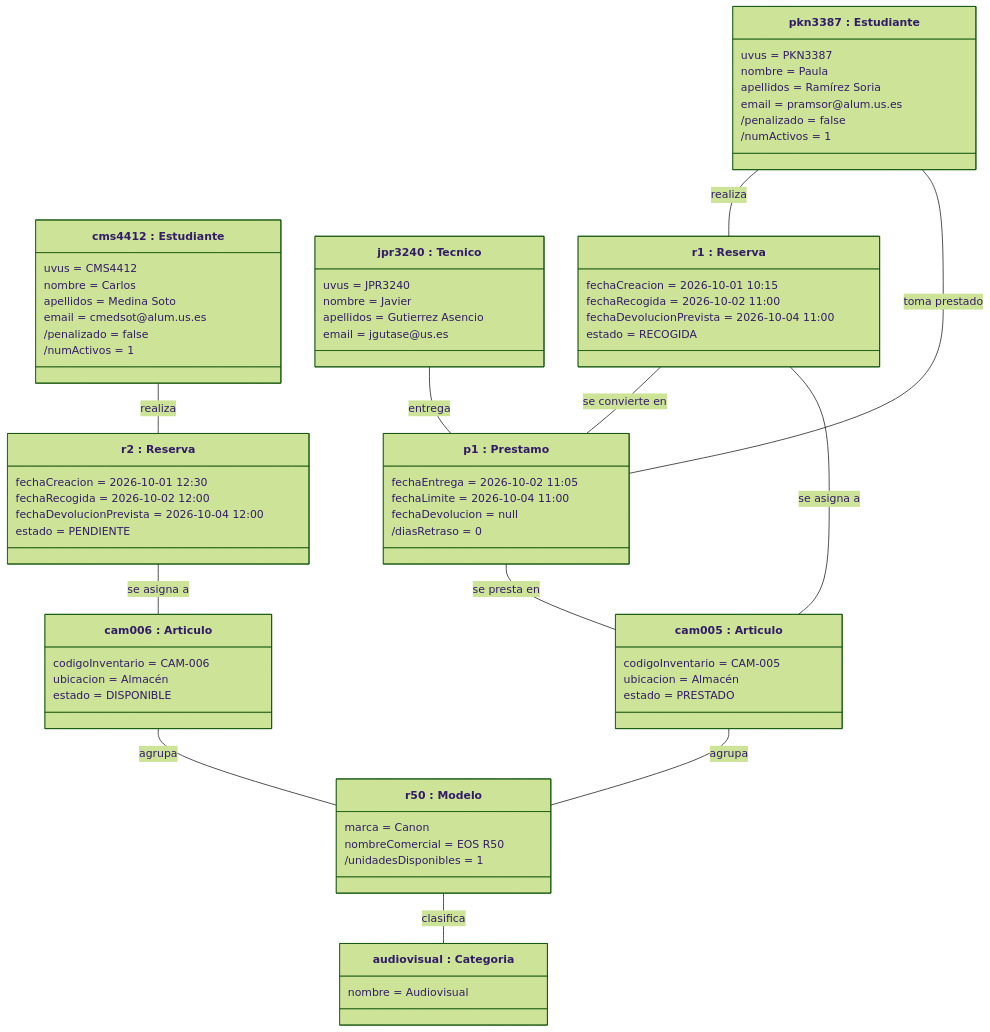
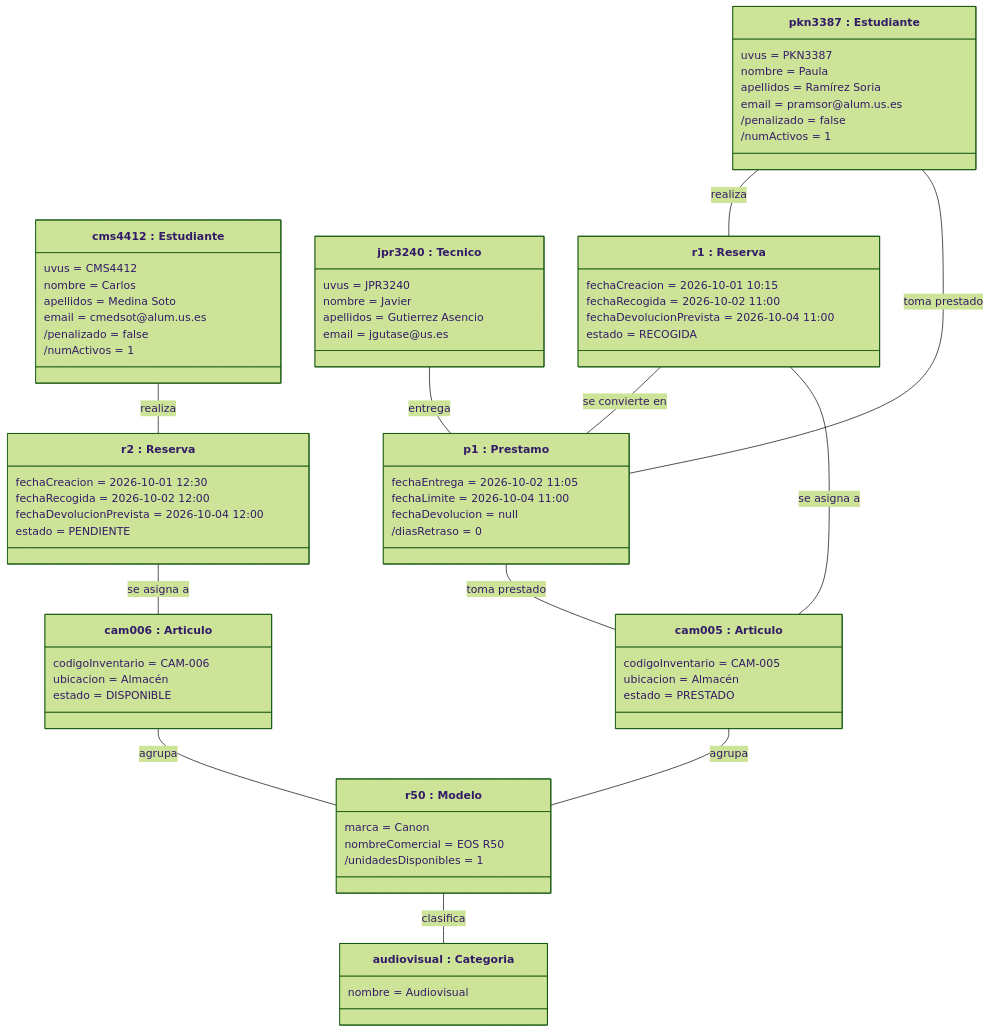
The third of 4 diagrams in README.md (kikiyet/proyecto-curso-iissi1-2026-TKL4651), drawn with Mermaid (forest theme) before and after one commit. The commit also changed other lines of this file, not shown here.

````diff
--- a/README.md
+++ b/README.md
@@ -645,73 +645,73 @@
 ```mermaid
 classDiagram
 direction TB
 class pkn3387["pkn3387 : Estudiante"] {
   uvus = PKN3387
   nombre = Paula
   apellidos = Ramírez Soria
   email = pramsor@alum.us.es
   /penalizado = false
   /numActivos = 1
 }
 class cms4412["cms4412 : Estudiante"] {
   uvus = CMS4412
   nombre = Carlos
   apellidos = Medina Soto
   email = cmedsot@alum.us.es
   /penalizado = false
   /numActivos = 1
 }
 class jpr3240["jpr3240 : Tecnico"] {
   uvus = JPR3240
   nombre = Javier
   apellidos = Gutierrez Asencio
   email = jgutase@us.es
 }
 class r1["r1 : Reserva"] {
   fechaCreacion = 2026-10-01 10:15
   fechaRecogida = 2026-10-02 11:00
   fechaDevolucionPrevista = 2026-10-04 11:00
   estado = RECOGIDA
 }
 class r2["r2 : Reserva"] {
   fechaCreacion = 2026-10-01 12:30
   fechaRecogida = 2026-10-02 12:00
   fechaDevolucionPrevista = 2026-10-04 12:00
   estado = PENDIENTE
 }
 class p1["p1 : Prestamo"] {
   fechaEntrega = 2026-10-02 11:05
   fechaLimite = 2026-10-04 11:00
   fechaDevolucion = null
   /diasRetraso = 0
 }
 class cam005["cam005 : Articulo"] {
   codigoInventario = CAM-005
   ubicacion = Almacén
   estado = PRESTADO
 }
 class cam006["cam006 : Articulo"] {
   codigoInventario = CAM-006
   ubicacion = Almacén
   estado = DISPONIBLE
 }
 class r50["r50 : Modelo"] {
   marca = Canon
   nombreComercial = EOS R50
   /unidadesDisponibles = 1
 }
 class audiovisual["audiovisual : Categoria"] {
   nombre = Audiovisual
 }
 pkn3387 -- r1 : realiza
 pkn3387 -- p1 : toma prestado
 jpr3240 -- p1 : entrega
 r1 -- p1 : se convierte en
 r1 -- cam005 : se asigna a
 cms4412 -- r2 : realiza
 r2 -- cam006 : se asigna a
-p1 -- cam005 : se presta en
+p1 -- cam005 : toma prestado
 cam005 -- r50 : agrupa
 cam006 -- r50 : agrupa
 r50 -- audiovisual : clasifica
 ```
````
